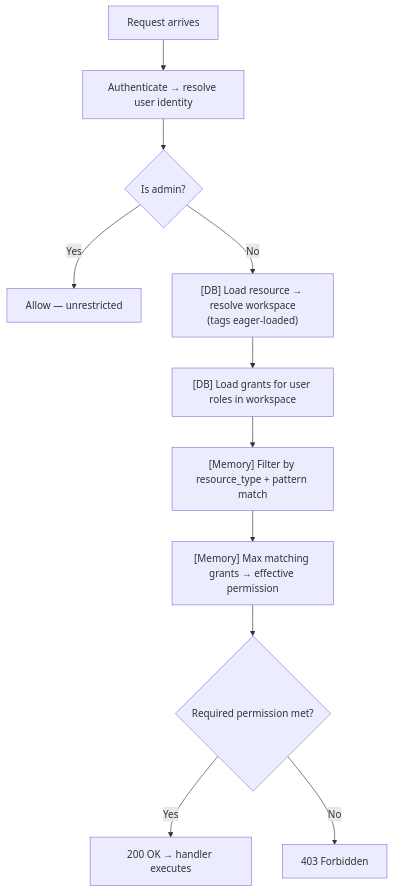
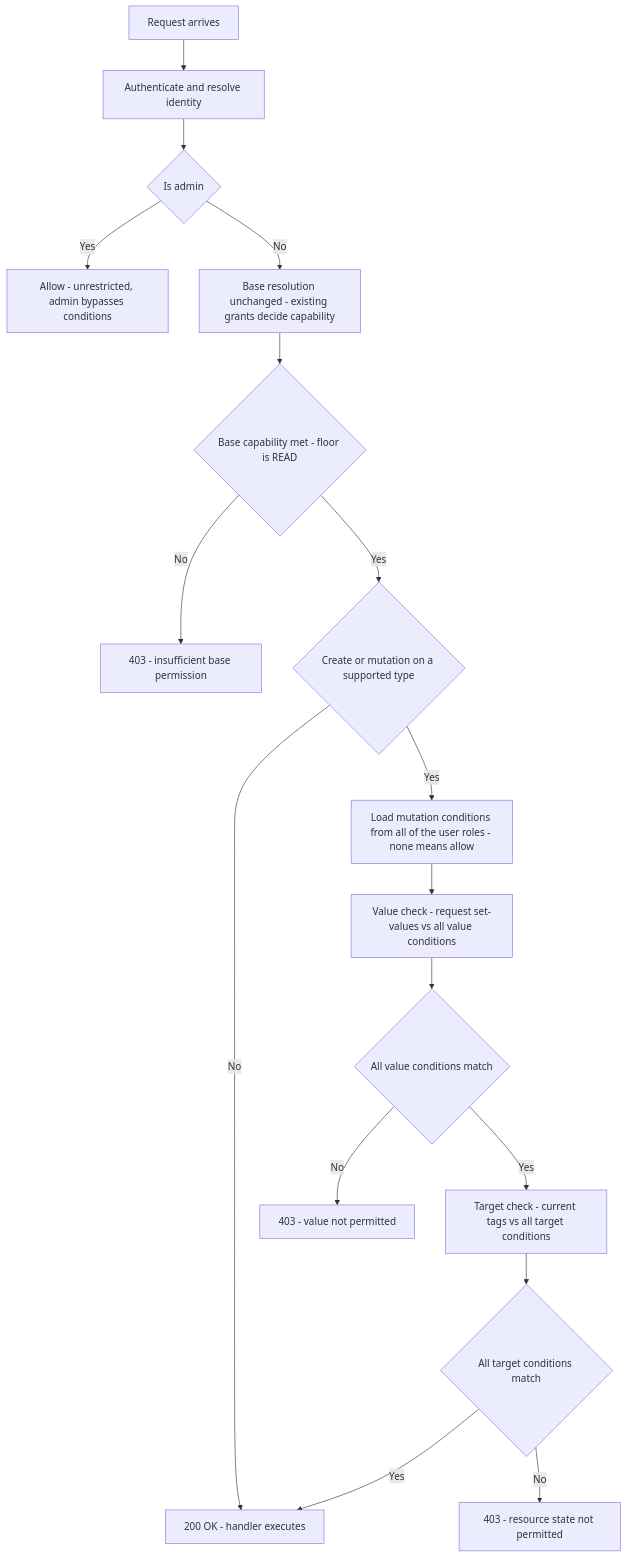
The second of 3 diagrams in rfcs/0000-condition-based-access-control/0000-condition-based-access-control.md (mlflow/rfcs), drawn with Mermaid before and after one commit. The commit also changed other lines of this file, not shown here.

````diff
--- a/rfcs/0000-condition-based-access-control/0000-condition-based-access-control.md
+++ b/rfcs/0000-condition-based-access-control/0000-condition-based-access-control.md
@@ -471,13 +261,19 @@
 ```mermaid
 flowchart TD
-    REQ[Request arrives] --> AUTHN[Authenticate → resolve user identity]
-    AUTHN --> ADMIN{Is admin?}
-    ADMIN -->|Yes| ALLOW[Allow — unrestricted]
-    ADMIN -->|No| LOAD_RESOURCE["[DB] Load resource → resolve workspace<br/>(tags eager-loaded)"]
-    LOAD_RESOURCE --> LOAD_GRANTS["[DB] Load grants for user roles in workspace"]
-    LOAD_GRANTS --> PATTERN["[Memory] Filter by resource_type + pattern match"]
-    PATTERN --> MAX["[Memory] Max matching grants → effective permission"]
-    MAX --> PERM_CHECK{Required permission met?}
-    PERM_CHECK -->|Yes| HANDLER[200 OK → handler executes]
-    PERM_CHECK -->|No| DENY[403 Forbidden]
+    REQ[Request arrives] --> AUTHN[Authenticate and resolve identity]
+    AUTHN --> ADMIN{Is admin}
+    ADMIN -->|Yes| ALLOW[Allow - unrestricted, admin bypasses conditions]
+    ADMIN -->|No| BASE["Base resolution unchanged - existing grants decide capability"]
+    BASE --> BASE_CHECK{Base capability met - floor is READ}
+    BASE_CHECK -->|No| DENY0[403 - insufficient base permission]
+    BASE_CHECK -->|Yes| MUTATING{Create or mutation on a supported type}
+    MUTATING -->|No| HANDLER[200 OK - handler executes]
+    MUTATING -->|Yes| LOADC[Load mutation conditions from all of the user roles - none means allow]
+    LOADC --> VALUE[Value check - request set-values vs all value conditions]
+    VALUE --> VOK{All value conditions match}
+    VOK -->|No| DENYV[403 - value not permitted]
+    VOK -->|Yes| TARGET[Target check - current tags vs all target conditions]
+    TARGET --> TOK{All target conditions match}
+    TOK -->|Yes| HANDLER
+    TOK -->|No| DENYT[403 - resource state not permitted]
 ```
````
